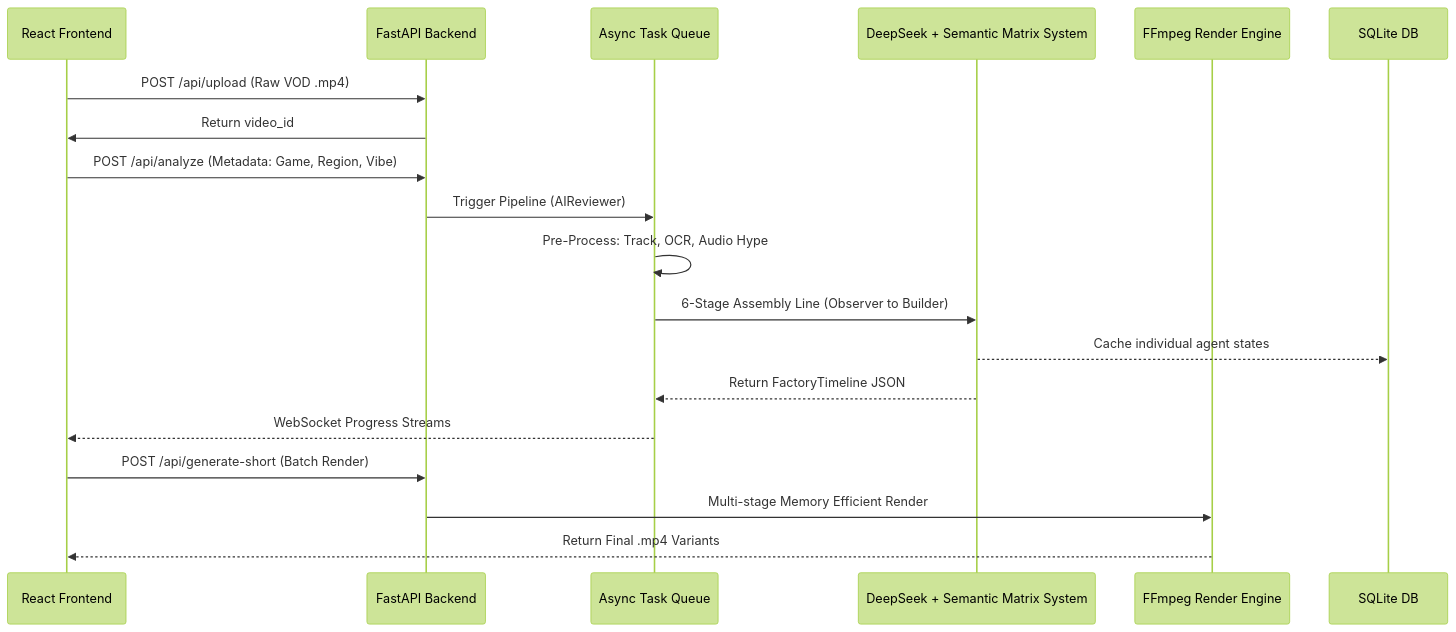
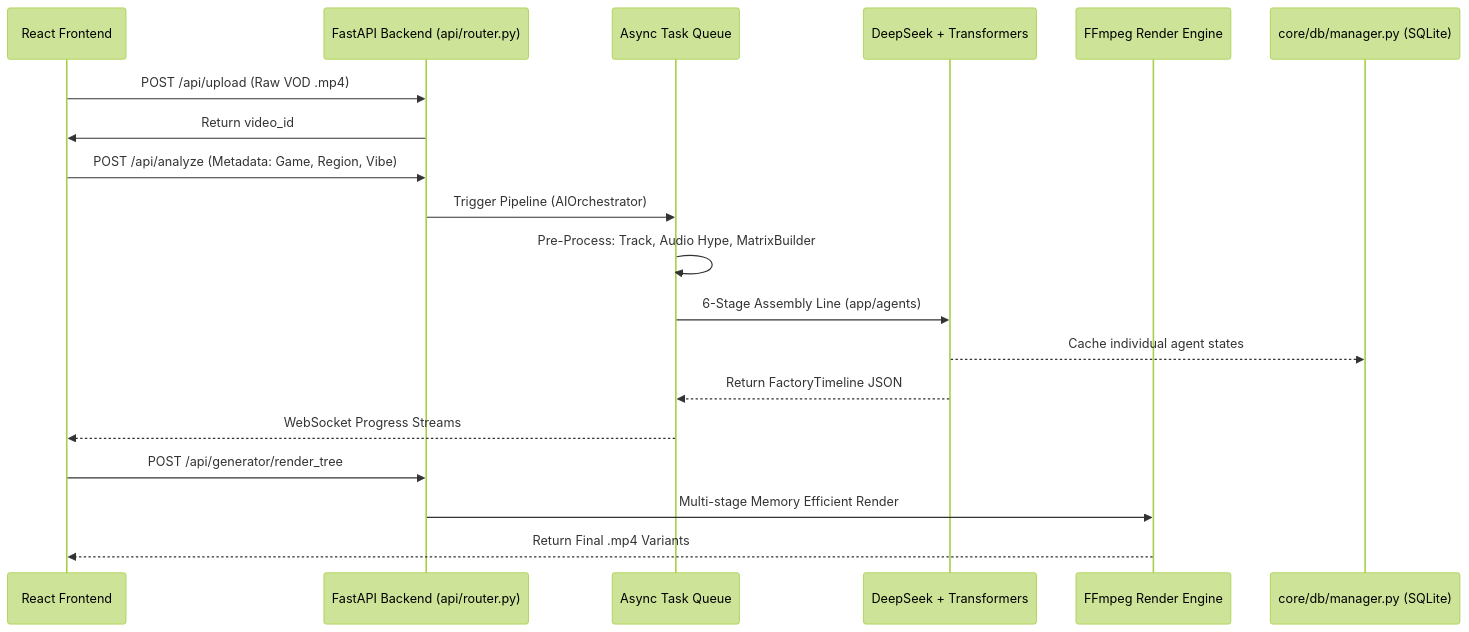
One commit to sudo-krish/youtube-shorts-generator-antigravity changed the diagram in docs/Architecture/System_Architecture.md. Above: the diagram before and after it, drawn with Mermaid (forest theme). The commit also changed other lines of this file and 113 other files, not shown here.

````diff
--- a/docs/Architecture/System_Architecture.md
+++ b/docs/Architecture/System_Architecture.md
@@ -22,22 +22,22 @@
 ```mermaid
 sequenceDiagram
     participant UI as React Frontend
-    participant API as FastAPI Backend
+    participant API as FastAPI Backend (api/router.py)
     participant Worker as Async Task Queue
-    participant AI as DeepSeek + Semantic Matrix System
+    participant AI as DeepSeek + Transformers
     participant FFmpeg as FFmpeg Render Engine
-    participant DB as SQLite DB
+    participant DB as core/db/manager.py (SQLite)
 
     UI->>API: POST /api/upload (Raw VOD .mp4)
     API->>UI: Return video_id
     UI->>API: POST /api/analyze (Metadata: Game, Region, Vibe)
-    API->>Worker: Trigger Pipeline (AIReviewer)
-    Worker->>Worker: Pre-Process: Track, OCR, Audio Hype
-    Worker->>AI: 6-Stage Assembly Line (Observer to Builder)
+    API->>Worker: Trigger Pipeline (AIOrchestrator)
+    Worker->>Worker: Pre-Process: Track, Audio Hype, MatrixBuilder
+    Worker->>AI: 6-Stage Assembly Line (app/agents)
     AI-->>DB: Cache individual agent states
     AI-->>Worker: Return FactoryTimeline JSON
     Worker-->>UI: WebSocket Progress Streams
-    UI->>API: POST /api/generate-short (Batch Render)
+    UI->>API: POST /api/generator/render_tree
     API->>FFmpeg: Multi-stage Memory Efficient Render
     FFmpeg-->>UI: Return Final .mp4 Variants
 ```
````
